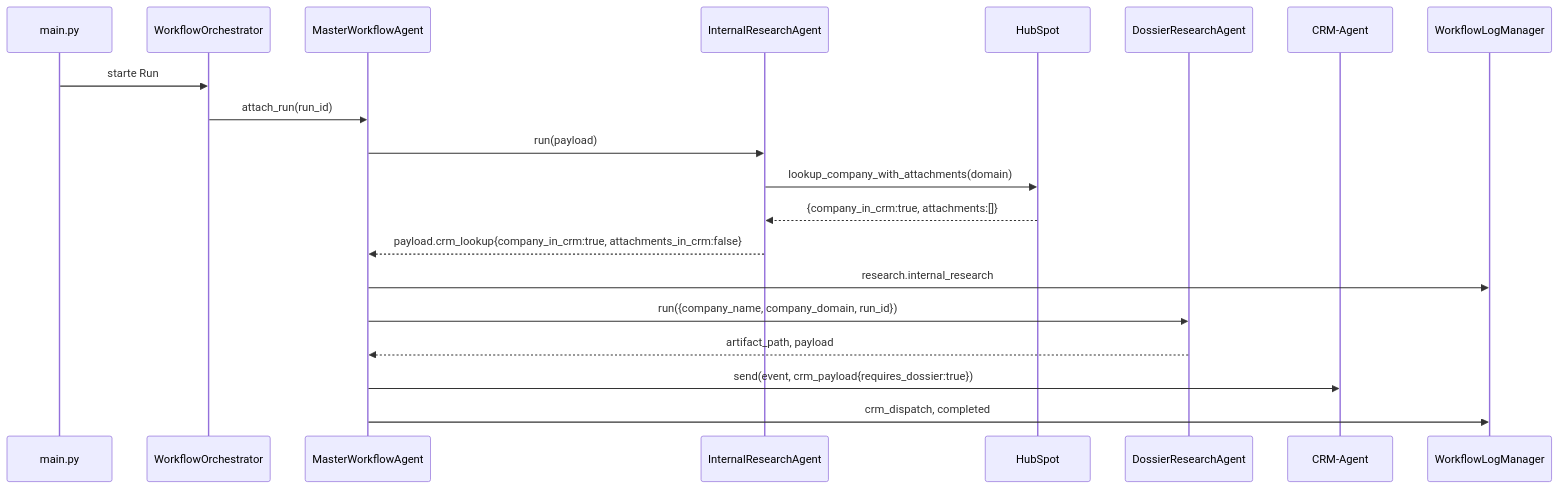
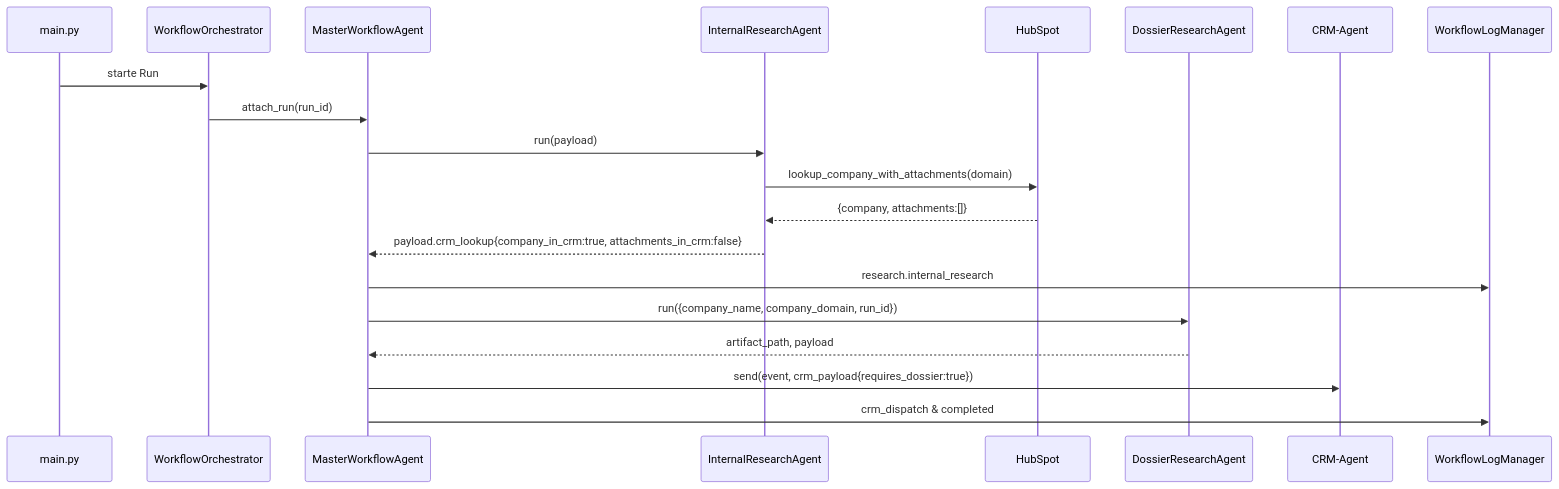
The first of 8 diagrams in docs/hubspot_dossier_audit.md (KonstantinData/Lead-Market-Insights), drawn with Mermaid before and after one commit. The commit also changed other lines of this file, not shown here.

Commit message:
Rewrite HubSpot dossier audit to match workflow spec

````diff
--- a/docs/hubspot_dossier_audit.md
+++ b/docs/hubspot_dossier_audit.md
@@ -45,23 +42,23 @@
 ```mermaid
 sequenceDiagram
     participant Main as main.py
     participant Orchestrator as WorkflowOrchestrator
     participant Master as MasterWorkflowAgent
     participant Internal as InternalResearchAgent
     participant HubSpot
     participant Dossier as DossierResearchAgent
     participant CRM as CRM-Agent
     participant Logs as WorkflowLogManager
 
     Main->>Orchestrator: starte Run
     Orchestrator->>Master: attach_run(run_id)
     Master->>Internal: run(payload)
     Internal->>HubSpot: lookup_company_with_attachments(domain)
-    HubSpot-->>Internal: {company_in_crm:true, attachments:[]}
+    HubSpot-->>Internal: {company, attachments:[]}
     Internal-->>Master: payload.crm_lookup{company_in_crm:true, attachments_in_crm:false}
     Master->>Logs: research.internal_research
     Master->>Dossier: run({company_name, company_domain, run_id})
     Dossier-->>Master: artifact_path, payload
     Master->>CRM: send(event, crm_payload{requires_dossier:true})
-    Master->>Logs: crm_dispatch, completed
+    Master->>Logs: crm_dispatch & completed
 ```
````
